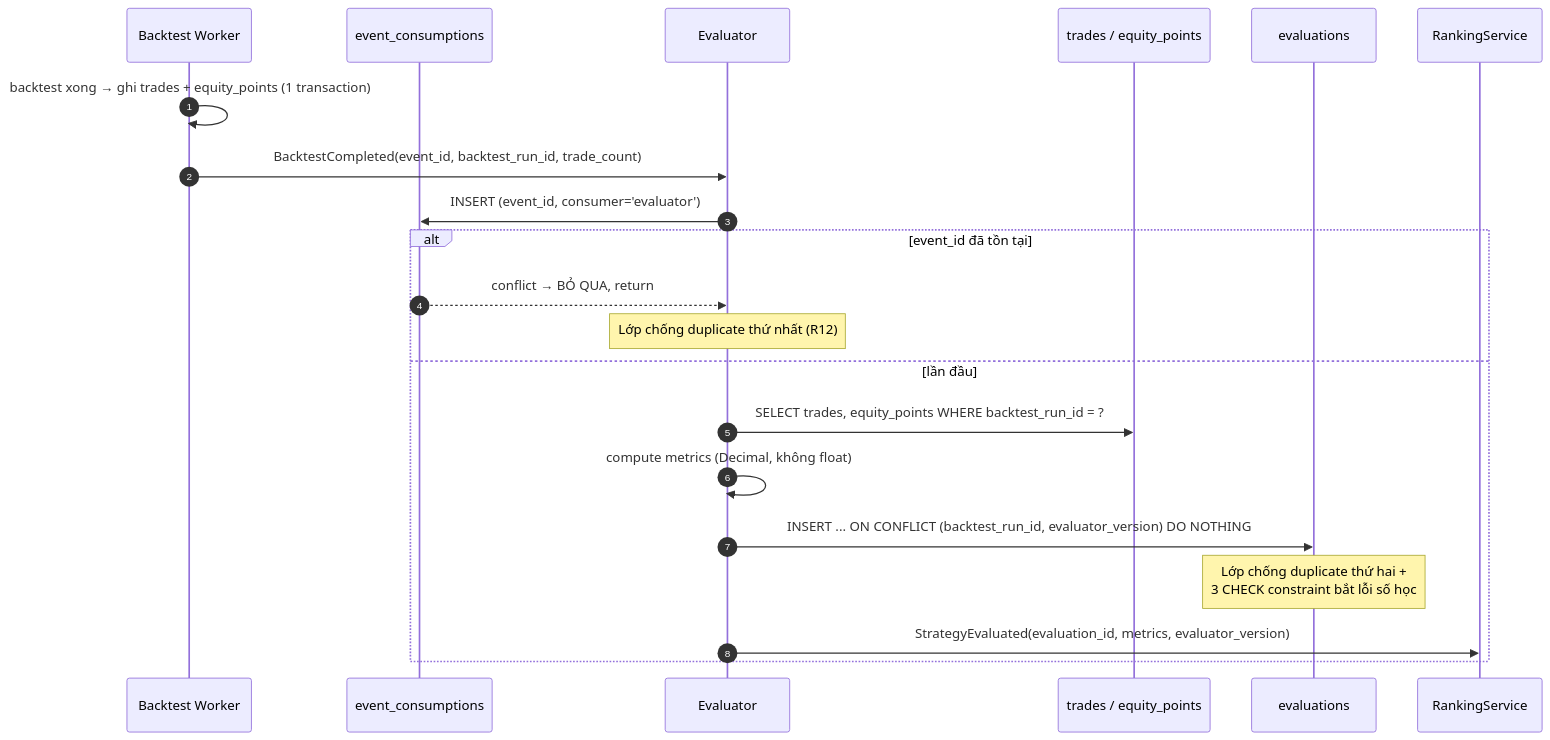
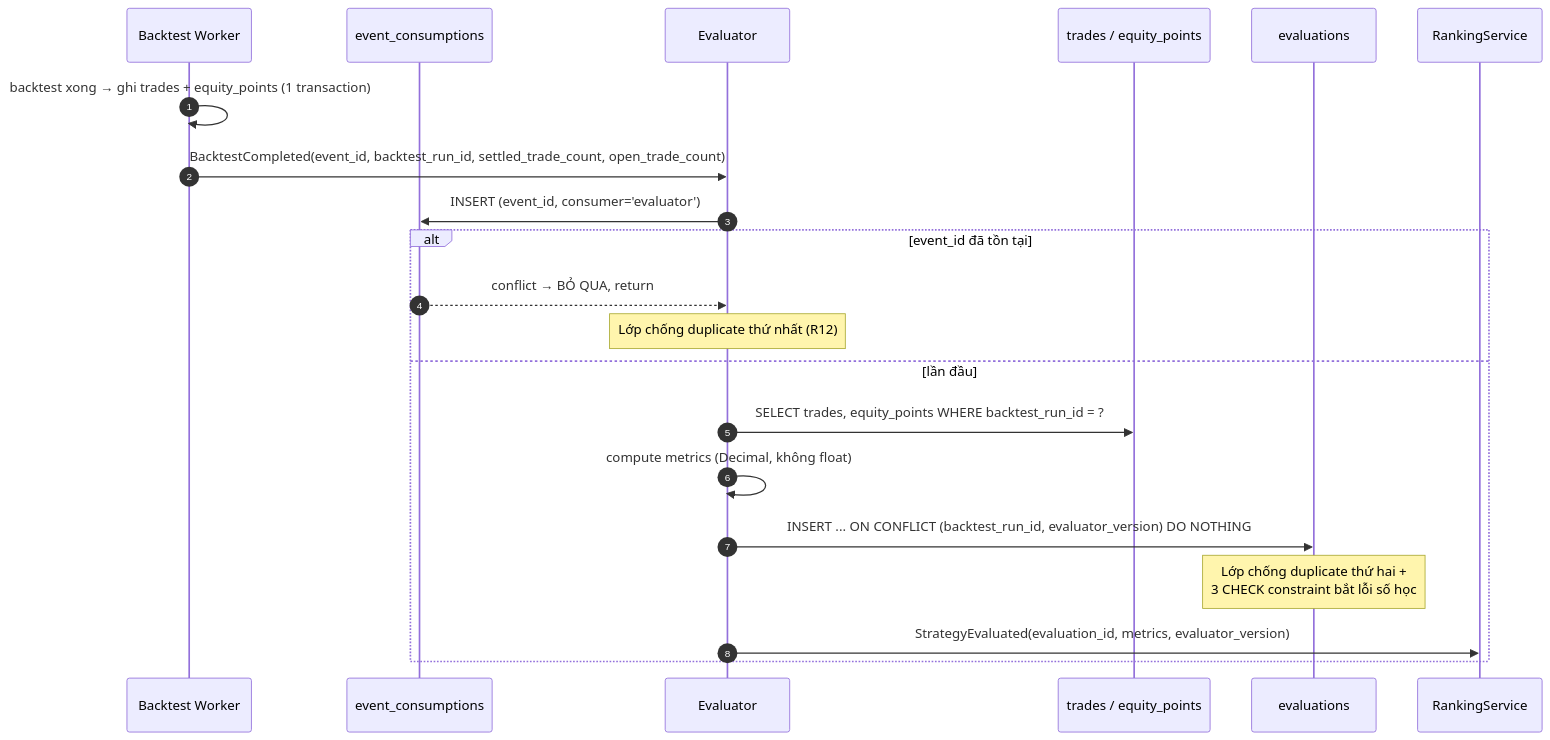
One commit to EnsoTech-Studio/CryptoBot changed the diagram in blueprint/specs/evaluation.md. Above: the diagram before and after it, drawn with Mermaid. The commit also changed other lines of this file and 59 other files, not shown here.

Commit message:
update(blueprint): finalize architecture contracts

````diff
--- a/blueprint/specs/evaluation.md
+++ b/blueprint/specs/evaluation.md
@@ -109,25 +116,25 @@
 ```mermaid
 sequenceDiagram
     autonumber
     participant W as Backtest Worker
     participant EC as event_consumptions
     participant EVA as Evaluator
     participant TR as trades / equity_points
     participant EV as evaluations
     participant RNK as RankingService
 
     W->>W: backtest xong → ghi trades + equity_points (1 transaction)
-    W->>EVA: BacktestCompleted(event_id, backtest_run_id, trade_count)
+    W->>EVA: BacktestCompleted(event_id, backtest_run_id, settled_trade_count, open_trade_count)
 
     EVA->>EC: INSERT (event_id, consumer='evaluator')
     alt event_id đã tồn tại
         EC-->>EVA: conflict → BỎ QUA, return
         Note over EVA: Lớp chống duplicate thứ nhất (R12)
     else lần đầu
         EVA->>TR: SELECT trades, equity_points WHERE backtest_run_id = ?
         EVA->>EVA: compute metrics (Decimal, không float)
         EVA->>EV: INSERT ... ON CONFLICT (backtest_run_id, evaluator_version) DO NOTHING
         Note over EV: Lớp chống duplicate thứ hai +<br/>3 CHECK constraint bắt lỗi số học
         EVA->>RNK: StrategyEvaluated(evaluation_id, metrics, evaluator_version)
     end
 ```
````
